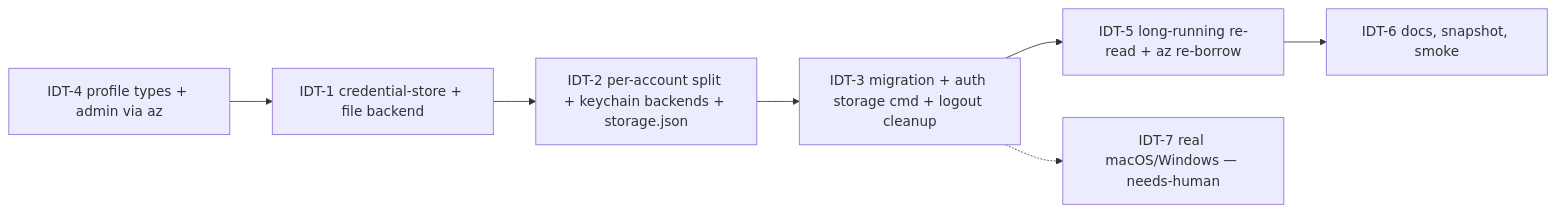
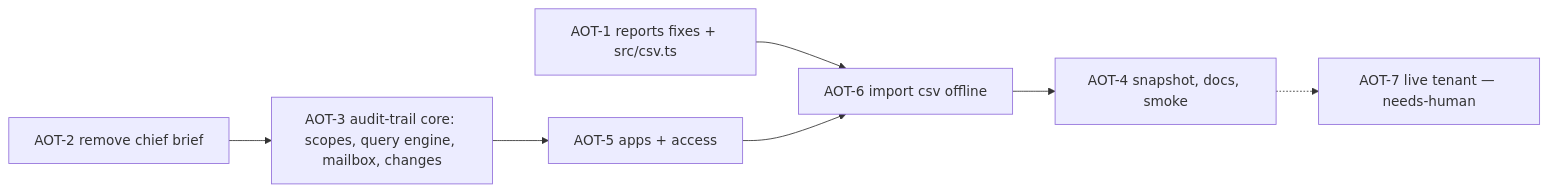
One commit to Cklaus1/ms365-cli changed the diagram in tasks/build-loop.md. Above: the diagram before and after it, drawn with Mermaid. The commit also changed other lines of this file and 6 other files, not shown here.

````diff
--- a/tasks/build-loop.md
+++ b/tasks/build-loop.md
@@ -20,9 +20,9 @@
 ```mermaid
 graph LR
-  IDT4[IDT-4 profile types + admin via az] --> IDT1[IDT-1 credential-store + file backend]
-  IDT1 --> IDT2[IDT-2 per-account split + keychain backends + storage.json]
-  IDT2 --> IDT3[IDT-3 migration + auth storage cmd + logout cleanup]
-  IDT3 --> IDT5[IDT-5 long-running re-read + az re-borrow]
-  IDT5 --> IDT6[IDT-6 docs, snapshot, smoke]
-  IDT3 -.-> IDT7[IDT-7 real macOS/Windows — needs-human]
+  AOT1[AOT-1 reports fixes + src/csv.ts] --> AOT6
+  AOT2[AOT-2 remove chief brief] --> AOT3[AOT-3 audit-trail core: scopes, query engine, mailbox, changes]
+  AOT3 --> AOT5[AOT-5 apps + access]
+  AOT5 --> AOT6[AOT-6 import csv offline]
+  AOT6 --> AOT4[AOT-4 snapshot, docs, smoke]
+  AOT4 -.-> AOT7[AOT-7 live tenant — needs-human]
 ```
````
